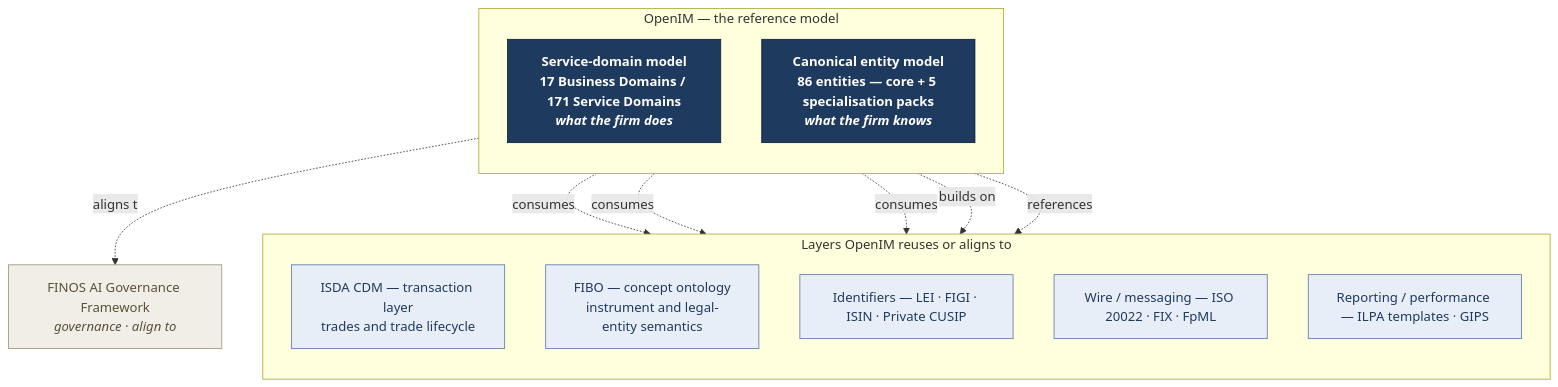
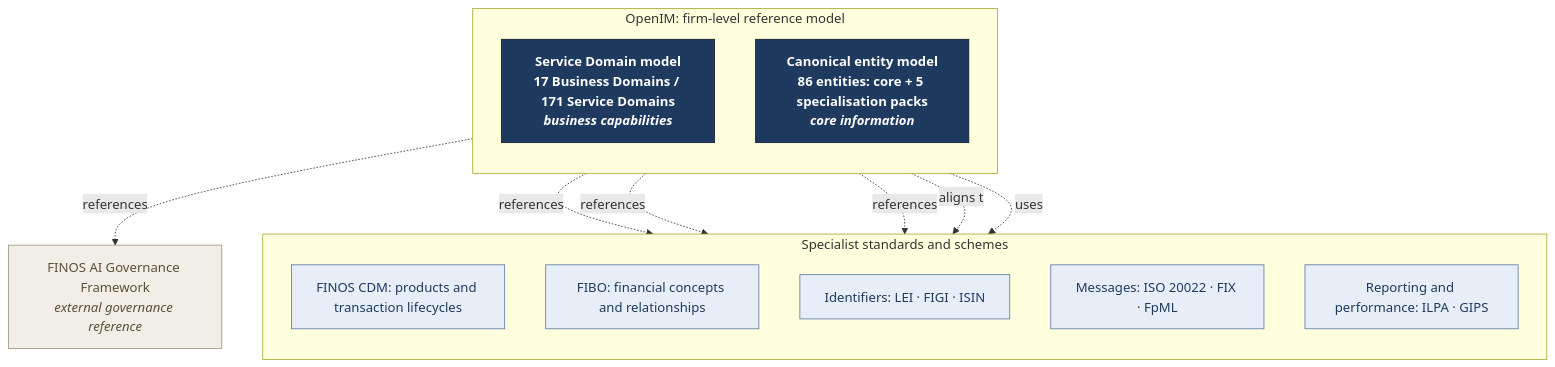
One commit to antikas/open-investment-model changed the diagram in model/diagrams/01-layer-stack.md. Above: the diagram before and after it, drawn with Mermaid. The commit also changed other lines of this file and 28 other files, not shown here.

````diff
--- a/model/diagrams/01-layer-stack.md
+++ b/model/diagrams/01-layer-stack.md
@@ -7,30 +7,30 @@
 ```mermaid
 flowchart TB
     classDef openim   fill:#1f3a5f,stroke:#0e1e33,color:#fff,font-weight:bold
     classDef reuse    fill:#e8eef7,stroke:#5b7aa6,color:#1f3a5f
     classDef govern   fill:#f0eee6,stroke:#a09578,color:#5a513a
 
-    subgraph MODEL[OpenIM — the reference model]
+    subgraph MODEL[OpenIM: firm-level reference model]
         direction TB
-        M1["Service-domain model<br/>17 Business Domains / 171 Service Domains<br/><i>what the firm does</i>"]:::openim
-        M2["Canonical entity model<br/>86 entities — core + 5 specialisation packs<br/><i>what the firm knows</i>"]:::openim
+        M1["Service Domain model<br/>17 Business Domains / 171 Service Domains<br/><i>business capabilities</i>"]:::openim
+        M2["Canonical entity model<br/>86 entities: core + 5 specialisation packs<br/><i>core information</i>"]:::openim
     end
 
-    subgraph BELOW[Layers OpenIM reuses or aligns to]
+    subgraph RELATED[Specialist standards and schemes]
         direction TB
-        B1["ISDA CDM — transaction layer<br/>trades and trade lifecycle"]:::reuse
-        B2["FIBO — concept ontology<br/>instrument and legal-entity semantics"]:::reuse
-        B3["Identifiers — LEI · FIGI · ISIN · Private CUSIP"]:::reuse
-        B4["Wire / messaging — ISO 20022 · FIX · FpML"]:::reuse
-        B5["Reporting / performance — ILPA templates · GIPS"]:::reuse
+        B1["FINOS CDM: products and transaction lifecycles"]:::reuse
+        B2["FIBO: financial concepts and relationships"]:::reuse
+        B3["Identifiers: LEI · FIGI · ISIN"]:::reuse
+        B4["Messages: ISO 20022 · FIX · FpML"]:::reuse
+        B5["Reporting and performance: ILPA · GIPS"]:::reuse
     end
 
-    G1["FINOS AI Governance Framework<br/><i>governance · align to</i>"]:::govern
+    G1["FINOS AI Governance Framework<br/><i>external governance reference</i>"]:::govern
 
-    M1 -.consumes.-> B1
-    M1 -.consumes.-> B4
-    M1 -.consumes.-> B5
-    M2 -.builds on.-> B2
-    M2 -.references.-> B3
-    M2 -.aligns to.-> G1
+    M1 -.references.-> B1
+    M1 -.references.-> B4
+    M1 -.references.-> B5
+    M2 -.aligns to.-> B2
+    M2 -.uses.-> B3
+    M1 -.references.-> G1
 ```
````
